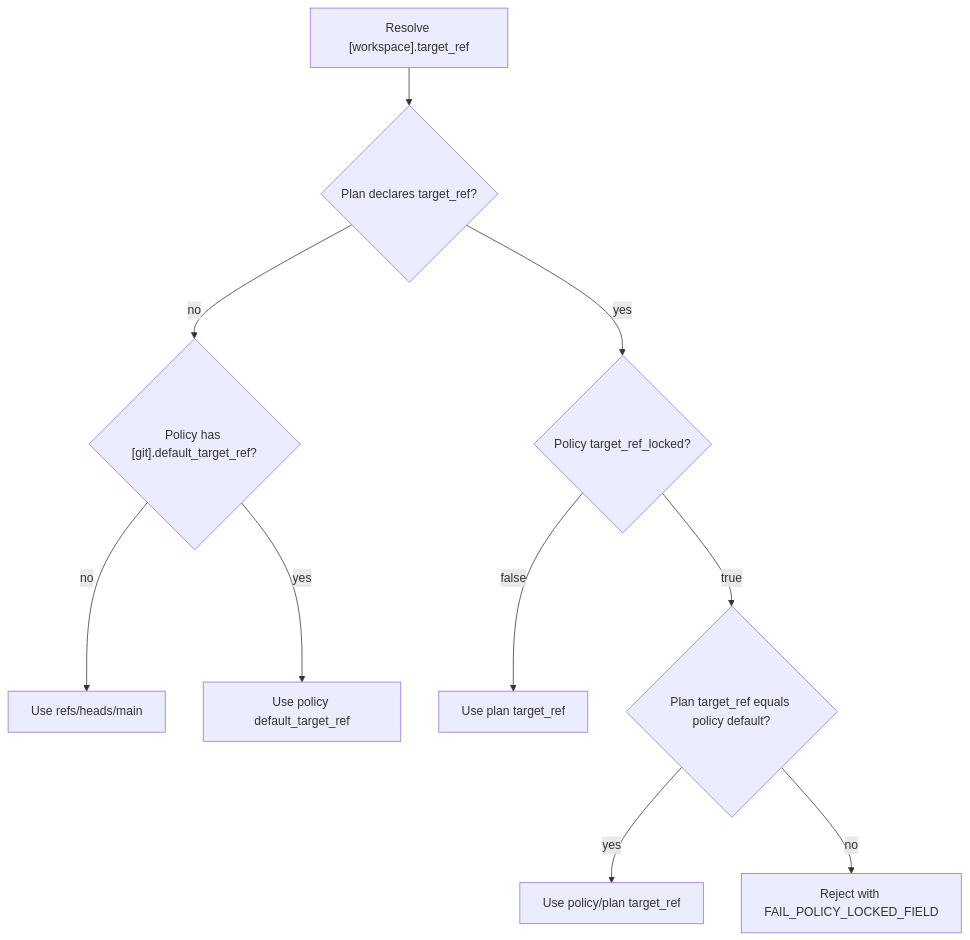
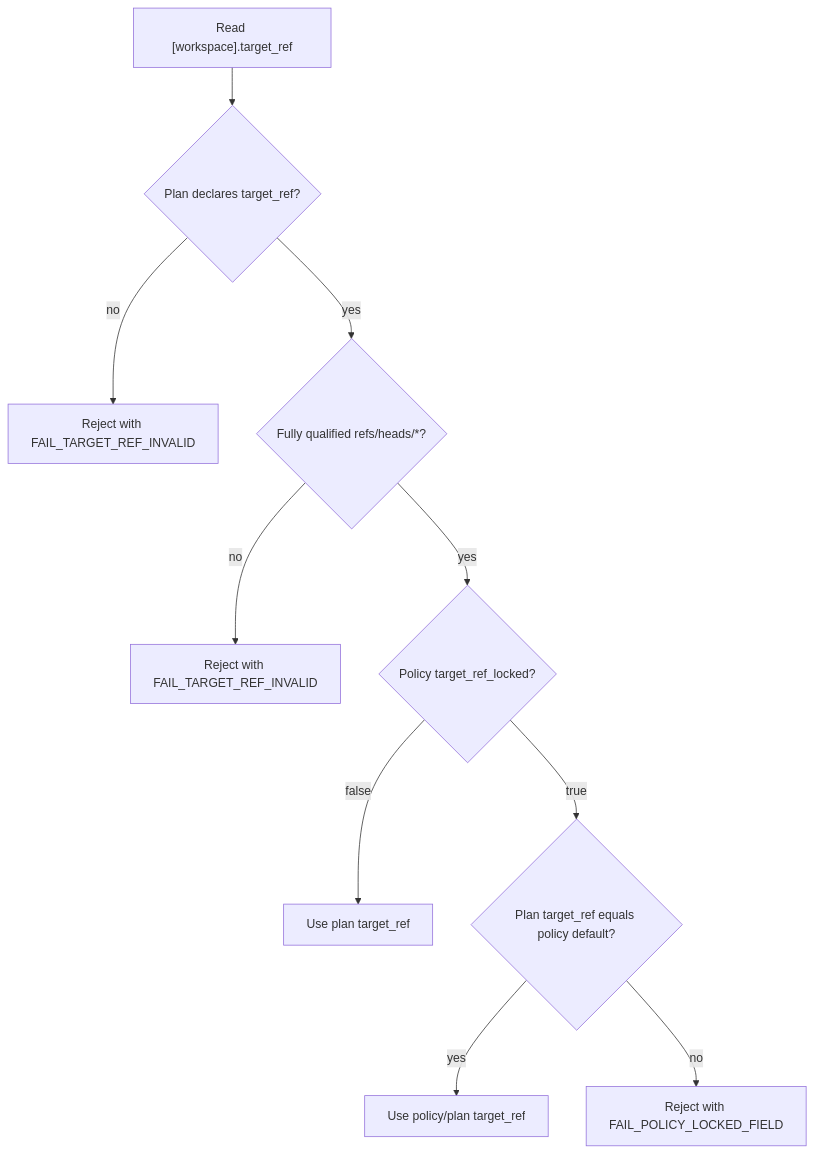
The diagram in raxis/guides/recipes/plan/02-workspace-block.md (chika5105/raxis), drawn with Mermaid before and after one commit. The commit also changed other lines of this file and 185 other files, not shown here.

````diff
--- a/raxis/guides/recipes/plan/02-workspace-block.md
+++ b/raxis/guides/recipes/plan/02-workspace-block.md
@@ -26,13 +27,12 @@
 ```mermaid
 flowchart TD
-    start["Resolve [workspace].target_ref"] --> plan{"Plan declares target_ref?"}
-    plan -->|no| policy{"Policy has [git].default_target_ref?"}
-    policy -->|no| main["Use refs/heads/main"]
-    policy -->|yes| policy_default["Use policy default_target_ref"]
-
-    plan -->|yes| locked{"Policy target_ref_locked?"}
+    start["Read [workspace].target_ref"] --> present{"Plan declares target_ref?"}
+    present -->|no| reject_missing["Reject with FAIL_TARGET_REF_INVALID"]
+    present -->|yes| format{"Fully qualified refs/heads/*?"}
+    format -->|no| reject_format["Reject with FAIL_TARGET_REF_INVALID"]
+    format -->|yes| locked{"Policy target_ref_locked?"}
     locked -->|false| plan_wins["Use plan target_ref"]
     locked -->|true| matches{"Plan target_ref equals policy default?"}
     matches -->|yes| plan_locked_ok["Use policy/plan target_ref"]
     matches -->|no| reject["Reject with FAIL_POLICY_LOCKED_FIELD"]
 ```
````
